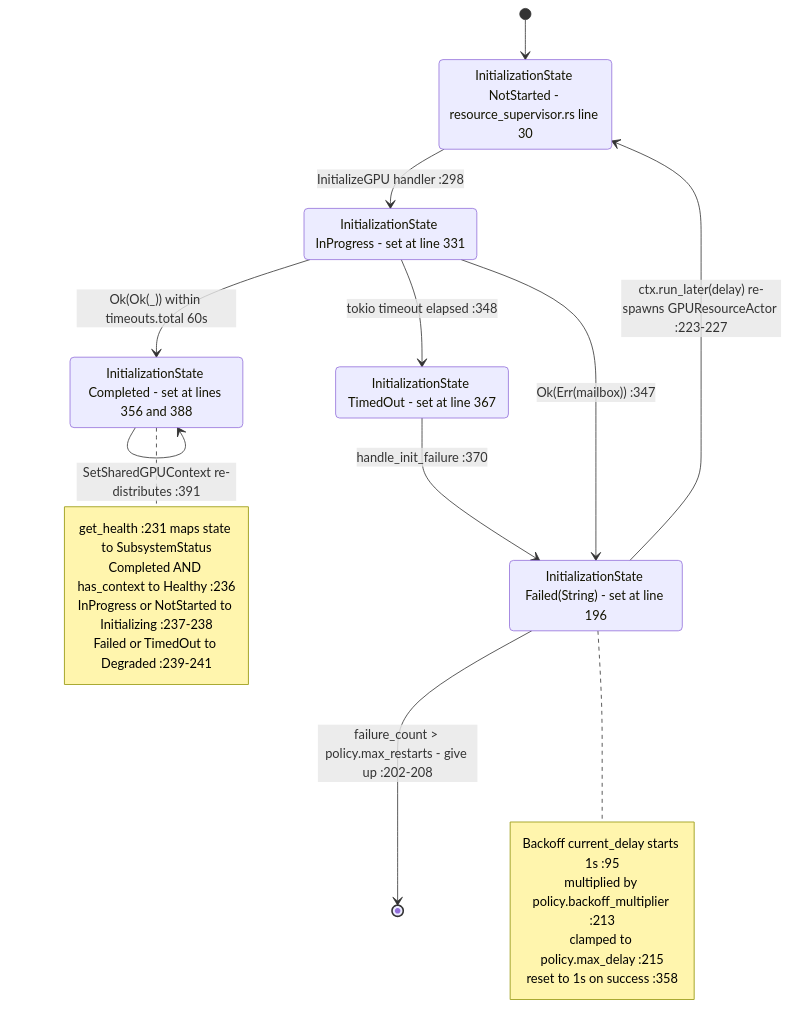
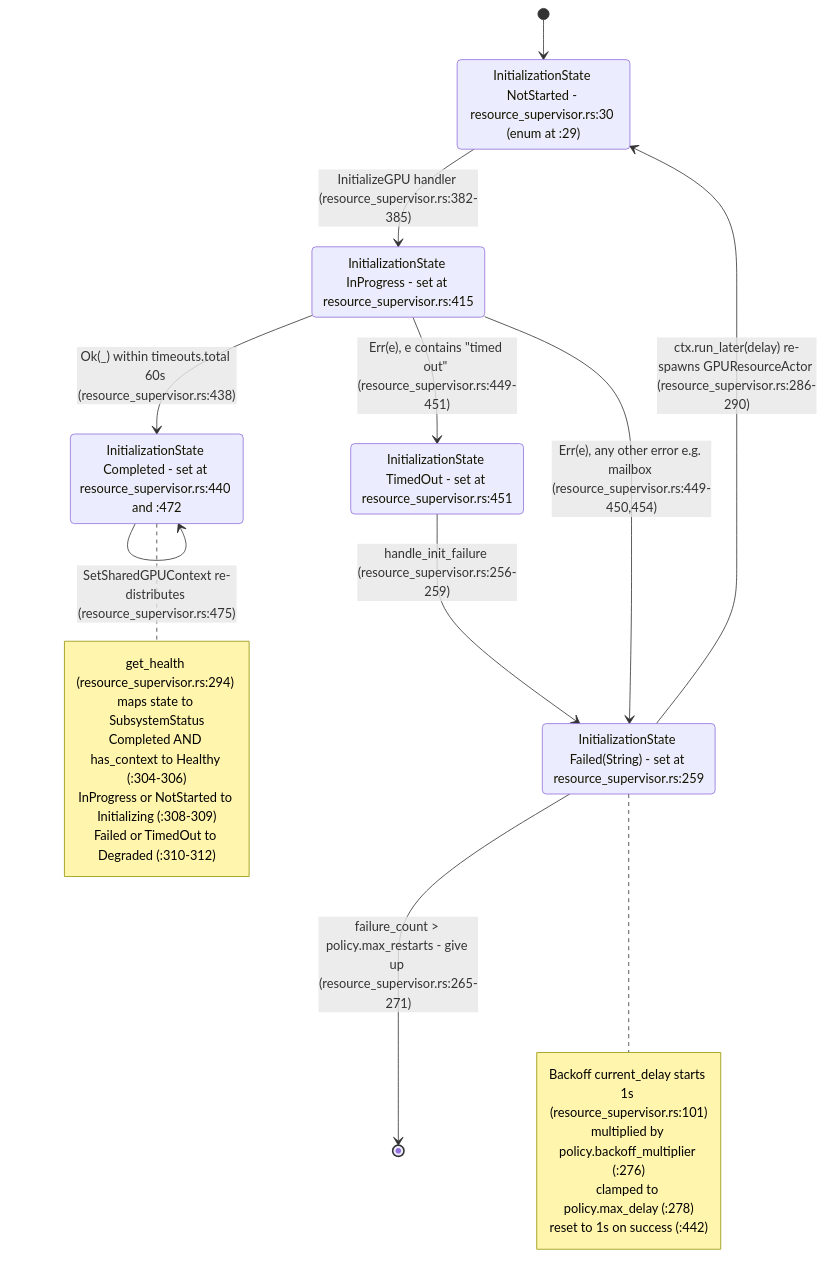
One commit to DreamLab-AI/VisionFlow changed the fourth of 10 diagrams in docs/diagrams/visionclaw/10-gpu-supervision-and-context-bus.md. Above: the diagram before and after it, drawn with Mermaid. The commit also changed other lines of this file and 52 other files, not shown here.

First line of the commit message:
docs(diagrams): wave 3 checkpoint — bare line refs resolved, revision-pinned cite-check, VC-05/AB-01..13 re-attested

````diff
--- a/docs/diagrams/visionclaw/10-gpu-supervision-and-context-bus.md
+++ b/docs/diagrams/visionclaw/10-gpu-supervision-and-context-bus.md
@@ -170,31 +172,31 @@
 ```mermaid
 stateDiagram-v2
     [*] --> NotStarted
-    NotStarted: InitializationState NotStarted - resource_supervisor.rs line 30
-    InProgress: InitializationState InProgress - set at line 331
-    Completed: InitializationState Completed - set at lines 356 and 388
-    Failed: InitializationState Failed(String) - set at line 196
-    TimedOut: InitializationState TimedOut - set at line 367
+    NotStarted: InitializationState NotStarted - resource_supervisor.rs:30 (enum at :29)
+    InProgress: InitializationState InProgress - set at resource_supervisor.rs:415
+    Completed: InitializationState Completed - set at resource_supervisor.rs:440 and :472
+    Failed: InitializationState Failed(String) - set at resource_supervisor.rs:259
+    TimedOut: InitializationState TimedOut - set at resource_supervisor.rs:451
 
-    NotStarted --> InProgress: InitializeGPU handler :298
-    InProgress --> Completed: Ok(Ok(_)) within timeouts.total 60s
-    InProgress --> TimedOut: tokio timeout elapsed :348
-    InProgress --> Failed: Ok(Err(mailbox)) :347
-    TimedOut --> Failed: handle_init_failure :370
-    Failed --> NotStarted: ctx.run_later(delay) re-spawns GPUResourceActor :223-227
-    Failed --> [*]: failure_count > policy.max_restarts - give up :202-208
-    Completed --> Completed: SetSharedGPUContext re-distributes :391
+    NotStarted --> InProgress: InitializeGPU handler (resource_supervisor.rs:382-385)
+    InProgress --> Completed: Ok(_) within timeouts.total 60s (resource_supervisor.rs:438)
+    InProgress --> TimedOut: Err(e), e contains "timed out" (resource_supervisor.rs:449-451)
+    InProgress --> Failed: Err(e), any other error e.g. mailbox (resource_supervisor.rs:449-450,454)
+    TimedOut --> Failed: handle_init_failure (resource_supervisor.rs:256-259)
+    Failed --> NotStarted: ctx.run_later(delay) re-spawns GPUResourceActor (resource_supervisor.rs:286-290)
+    Failed --> [*]: failure_count > policy.max_restarts - give up (resource_supervisor.rs:265-271)
+    Completed --> Completed: SetSharedGPUContext re-distributes (resource_supervisor.rs:475)
 
     note right of Failed
-        Backoff current_delay starts 1s :95
-        multiplied by policy.backoff_multiplier :213
-        clamped to policy.max_delay :215
-        reset to 1s on success :358
+        Backoff current_delay starts 1s (resource_supervisor.rs:101)
+        multiplied by policy.backoff_multiplier (:276)
+        clamped to policy.max_delay (:278)
+        reset to 1s on success (:442)
     end note
     note right of Completed
-        get_health :231 maps state to SubsystemStatus
-        Completed AND has_context to Healthy :236
-        InProgress or NotStarted to Initializing :237-238
-        Failed or TimedOut to Degraded :239-241
+        get_health (resource_supervisor.rs:294) maps state to SubsystemStatus
+        Completed AND has_context to Healthy (:304-306)
+        InProgress or NotStarted to Initializing (:308-309)
+        Failed or TimedOut to Degraded (:310-312)
     end note
 ```
````
